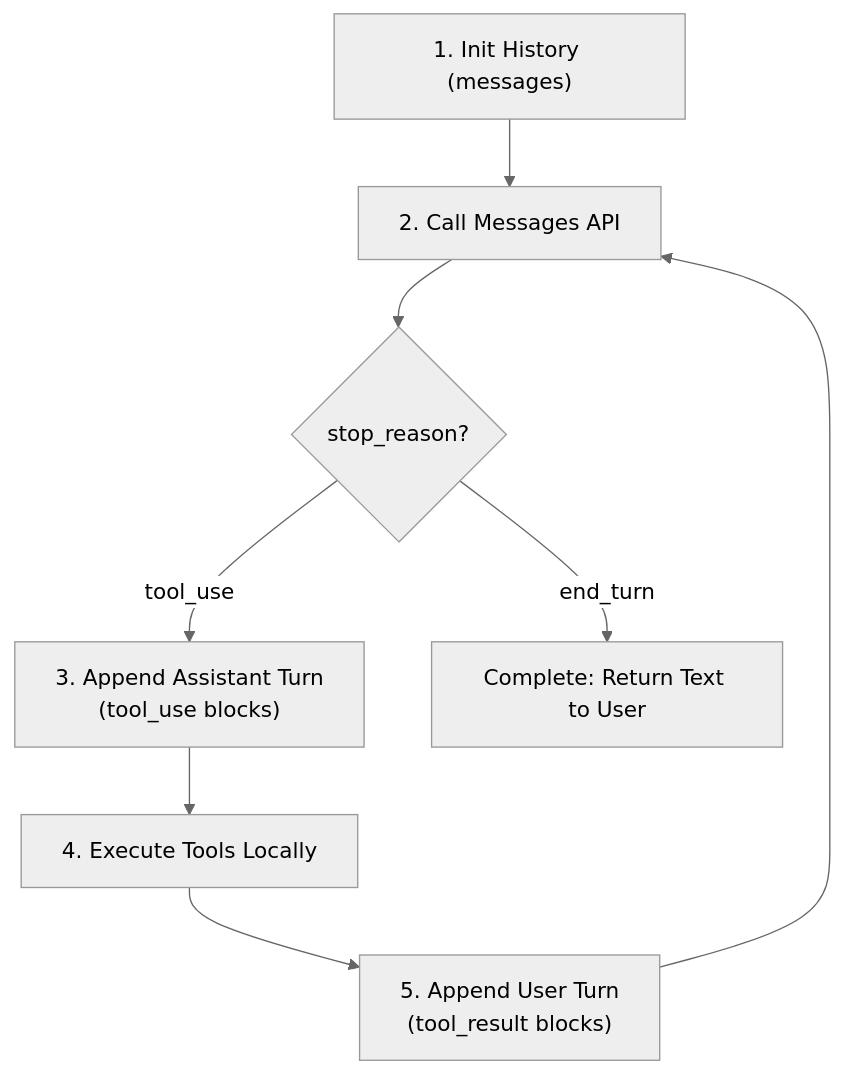
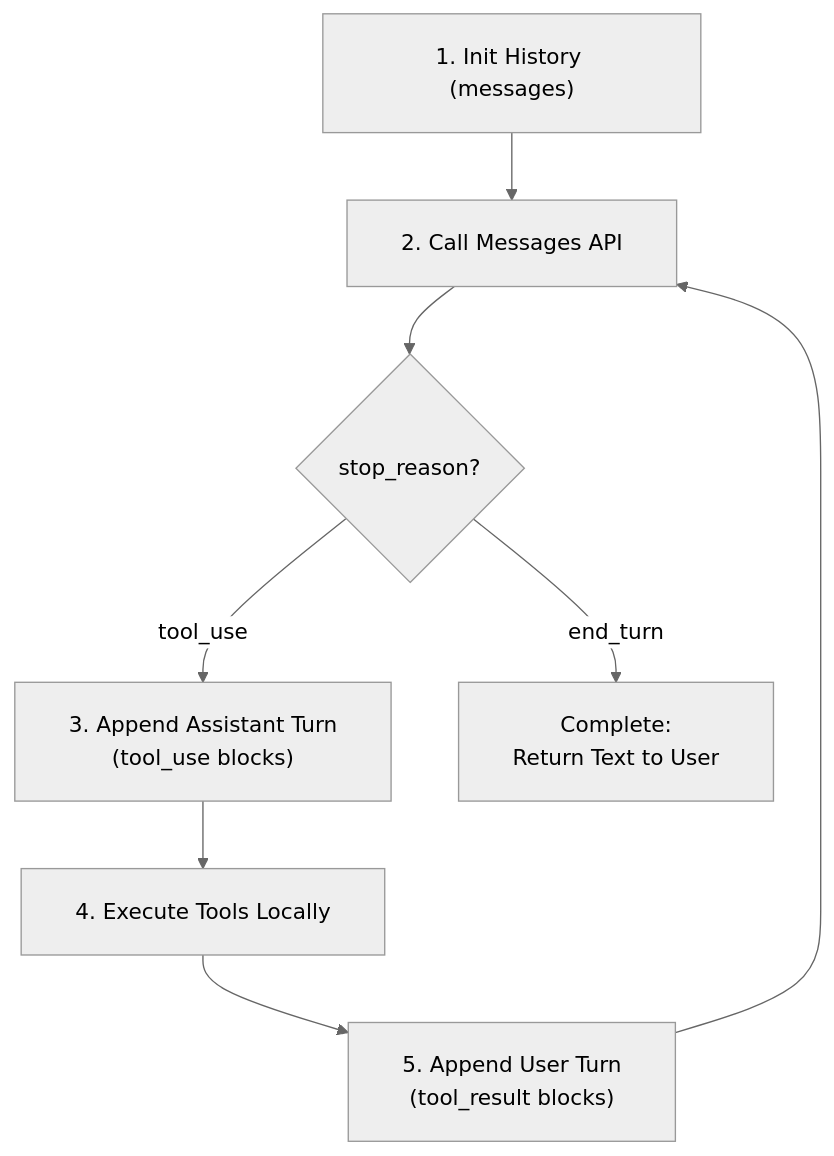
Before and after one commit to dip4k/claude_cert_architect_foundation_prep: the second of 7 diagrams in domain1/KEY_CONCEPTS.md, drawn with Mermaid (neutral theme). The commit also changed other lines of this file and 31 other files, not shown here.

First line of the commit message:
docs(diagrams): fix text trimming, padding, and layout in all mermaid diagrams

````diff
--- a/domain1/KEY_CONCEPTS.md
+++ b/domain1/KEY_CONCEPTS.md
@@ -45,10 +46,11 @@
 ```mermaid
+%%{init: {"flowchart": {"htmlLabels": true, "padding": 20}}}%%
 flowchart TD
     S1["1. Init History (messages)"] --> S2["2. Call Messages API"]
     S2 --> S3{"stop_reason?"}
     S3 -->|"tool_use"| S4["3. Append Assistant Turn<br/>(tool_use blocks)"]
     S4 --> S5["4. Execute Tools Locally"]
     S5 --> S6["5. Append User Turn<br/>(tool_result blocks)"]
     S6 --> S2
-    S3 -->|"end_turn"| SEnd["Complete: Return Text to User"]
+    S3 -->|"end_turn"| SEnd["Complete:<br/>Return Text to User"]
 ```
````
